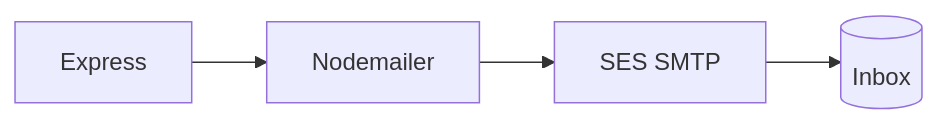
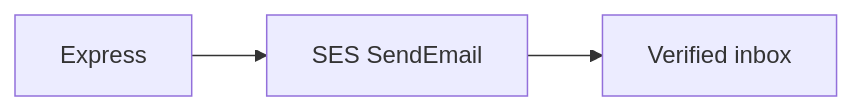
The diagram in content/tracks/backend-from-zero/lessons/12-amazon-ses.md (sreecharan-desu/hackx-slides), drawn with Mermaid before and after one commit. The commit also changed other lines of this file and 17 other files, not shown here.

````diff
--- a/content/tracks/backend-from-zero/lessons/12-amazon-ses.md
+++ b/content/tracks/backend-from-zero/lessons/12-amazon-ses.md
@@ -12,6 +10,5 @@
 ```mermaid
 flowchart LR
-  API[Express] --> NM[Nodemailer]
-  NM --> SMTP[SES SMTP]
-  SMTP --> IN[(Inbox)]
+  API[Express] --> SES[SES SendEmail]
+  SES --> IN[Verified inbox]
 ```
````
